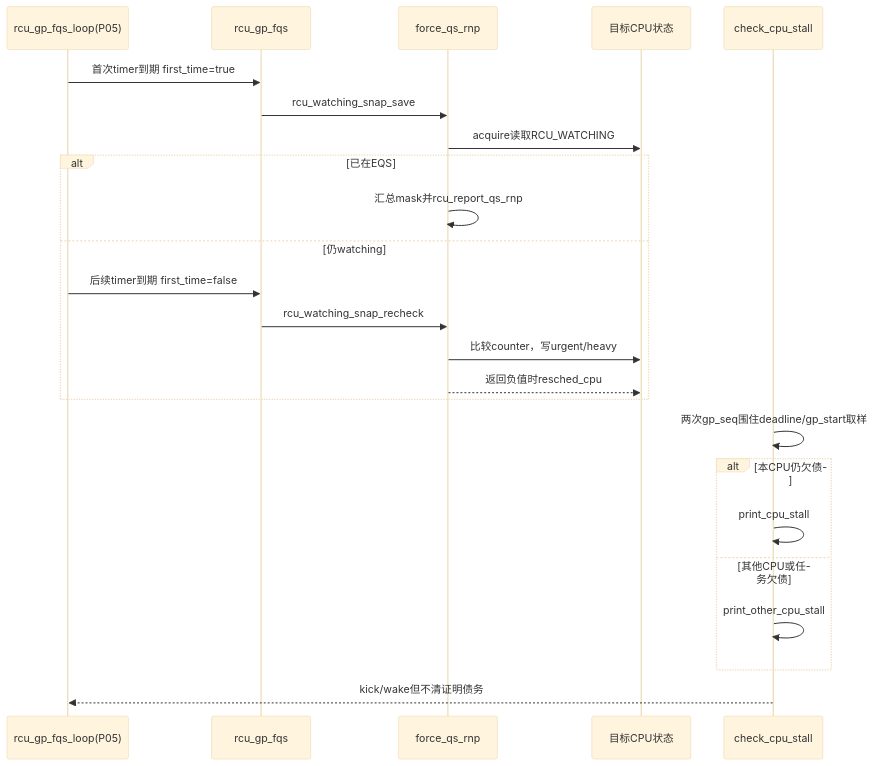
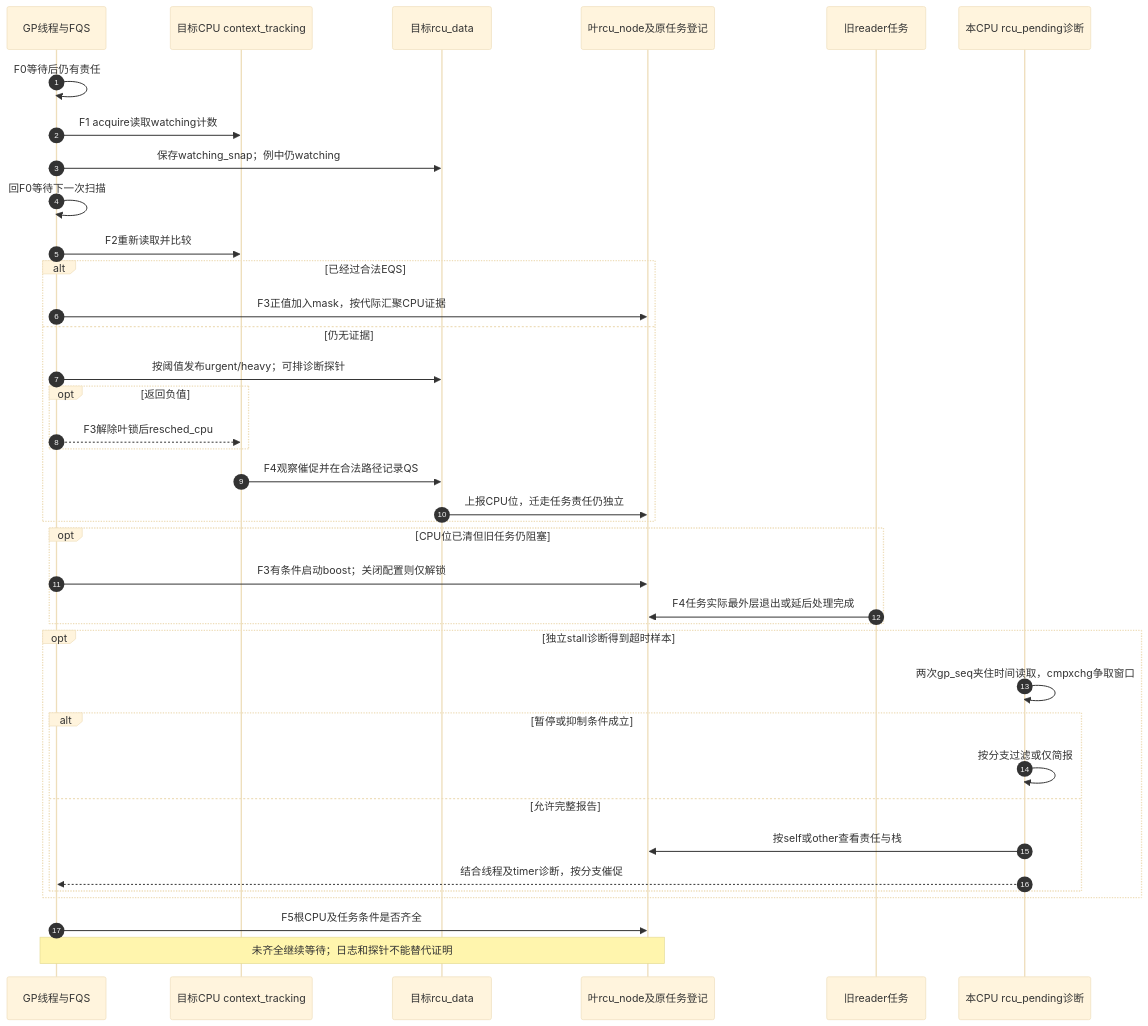
The second of 2 diagrams in research/source_reading/rcu/source_explanations/P07_Linux_6.12_Tree_RCU_force_QS与Stall源码实现.md (FormingSystem/linux_note), drawn with Mermaid (base theme) before and after one commit. The commit also changed other lines of this file and 1 other file, not shown here.

First line of the commit message:
content(rcu/fqs): 补全催促证据与stall诊断分支

````diff
--- a/research/source_reading/rcu/source_explanations/P07_Linux_6.12_Tree_RCU_force_QS与Stall源码实现.md
+++ b/research/source_reading/rcu/source_explanations/P07_Linux_6.12_Tree_RCU_force_QS与Stall源码实现.md
@@ -350,27 +665,40 @@
 ```mermaid
 sequenceDiagram
-    participant L as rcu_gp_fqs_loop(P05)
-    participant F as rcu_gp_fqs
-    participant N as force_qs_rnp
-    participant C as 目标CPU状态
-    participant S as check_cpu_stall
-
-    L->>F: 首次timer到期 first_time=true
-    F->>N: rcu_watching_snap_save
-    N->>C: acquire读取RCU_WATCHING
-    alt 已在EQS
-        N->>N: 汇总mask并rcu_report_qs_rnp
-    else 仍watching
-        L->>F: 后续timer到期 first_time=false
-        F->>N: rcu_watching_snap_recheck
-        N->>C: 比较counter，写urgent/heavy
-        N-->>C: 返回负值时resched_cpu
+    autonumber
+    participant G as GP线程与FQS
+    participant C as 目标CPU context_tracking
+    participant D as 目标rcu_data
+    participant N as 叶rcu_node及原任务登记
+    participant T as 旧reader任务
+    participant S as 本CPU rcu_pending诊断
+    G->>G: F0等待后仍有责任
+    G->>C: F1 acquire读取watching计数
+    G->>D: 保存watching_snap；例中仍watching
+    G->>G: 回F0等待下一次扫描
+    G->>C: F2重新读取并比较
+    alt 已经过合法EQS
+        G->>N: F3正值加入mask，按代际汇聚CPU证据
+    else 仍无证据
+        G->>D: 按阈值发布urgent/heavy；可排诊断探针
+        opt 返回负值
+            G-->>C: F3解除叶锁后resched_cpu
+        end
+        C->>D: F4观察催促并在合法路径记录QS
+        D->>N: 上报CPU位，迁走任务责任仍独立
     end
-    S->>S: 两次gp_seq围住deadline/gp_start取样
-    alt 本CPU仍欠债
-        S->>S: print_cpu_stall
-    else 其他CPU或任务欠债
-        S->>S: print_other_cpu_stall
+    opt CPU位已清但旧任务仍阻塞
+        G->>N: F3有条件启动boost；关闭配置则仅解锁
+        T->>N: F4任务实际最外层退出或延后处理完成
     end
-    S-->>L: kick/wake但不清证明债务
+    opt 独立stall诊断得到超时样本
+        S->>S: 两次gp_seq夹住时间读取，cmpxchg争取窗口
+        alt 暂停或抑制条件成立
+            S->>S: 按分支过滤或仅简报
+        else 允许完整报告
+            S->>N: 按self或other查看责任与栈
+            S-->>G: 结合线程及timer诊断，按分支催促
+        end
+    end
+    G->>N: F5根CPU及任务条件是否齐全
+    Note over G,N: 未齐全继续等待；日志和探针不能替代证明
 ```
````
